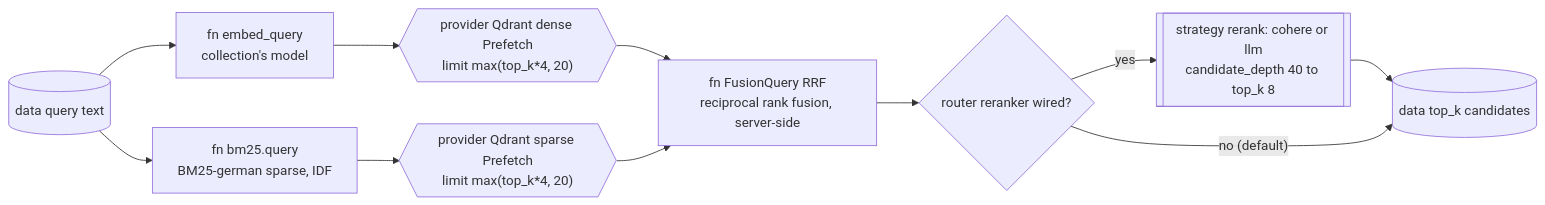
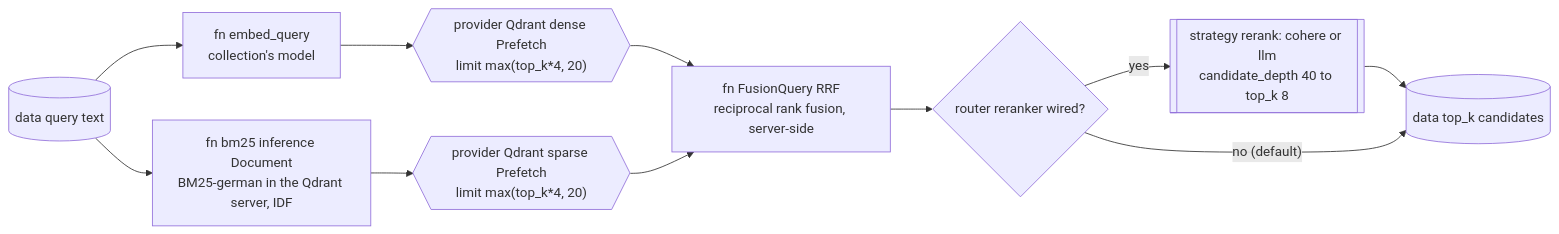
The fifth of 5 diagrams in docs/architecture/knowledge-retrieval.md (BZandi/inqtrix), drawn with Mermaid before and after one commit. The commit also changed other lines of this file and 11 other files, not shown here.

````diff
--- a/docs/architecture/knowledge-retrieval.md
+++ b/docs/architecture/knowledge-retrieval.md
@@ -351,20 +351,20 @@
 ```mermaid
 flowchart LR
     Q[("data query text")]
     Embed["fn embed_query<br/>collection's model"]
-    BM25["fn bm25.query<br/>BM25-german sparse, IDF"]
+    BM25["fn bm25 inference Document<br/>BM25-german in the Qdrant server, IDF"]
     PD{{"provider Qdrant dense Prefetch<br/>limit max(top_k*4, 20)"}}
     PS{{"provider Qdrant sparse Prefetch<br/>limit max(top_k*4, 20)"}}
     RRF["fn FusionQuery RRF<br/>reciprocal rank fusion, server-side"]
     Rer{"router reranker wired?"}
     Rerank[["strategy rerank: cohere or llm<br/>candidate_depth 40 to top_k 8"]]
     Top[("data top_k candidates")]
 
     Q --> Embed --> PD
     Q --> BM25 --> PS
     PD --> RRF
     PS --> RRF
     RRF --> Rer
     Rer -->|"yes"| Rerank --> Top
     Rer -->|"no (default)"| Top
 ```
````
